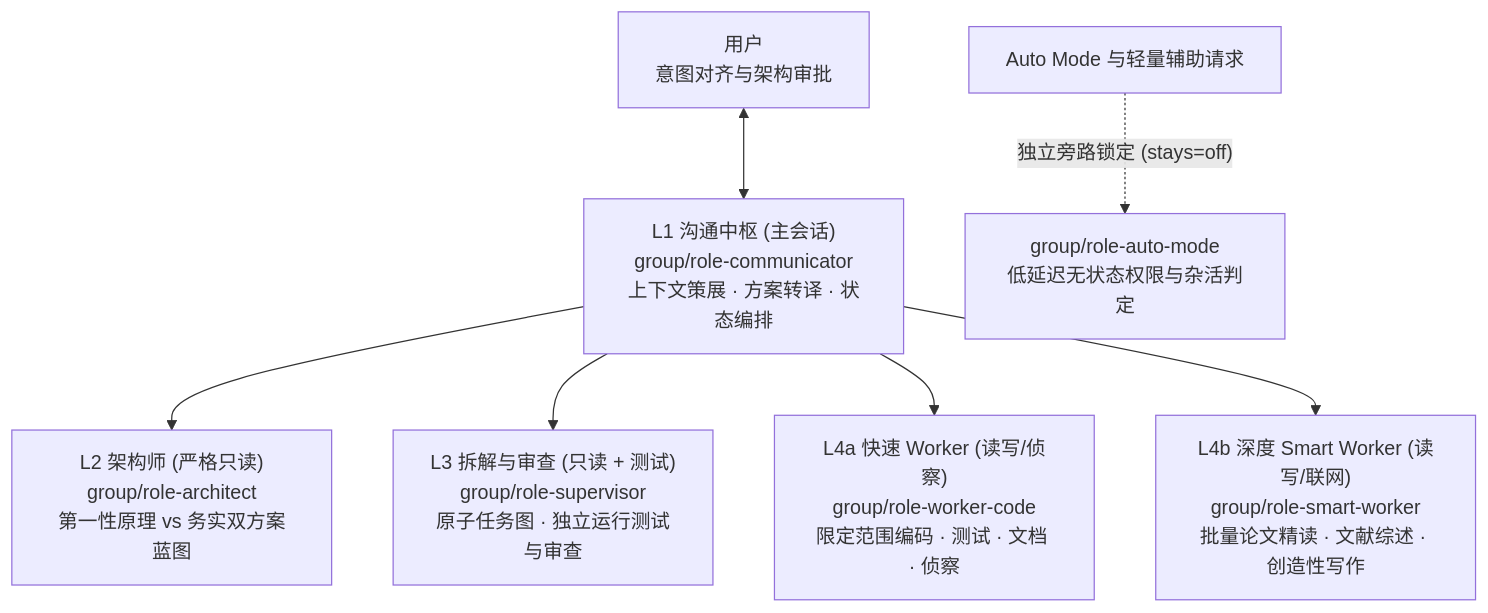
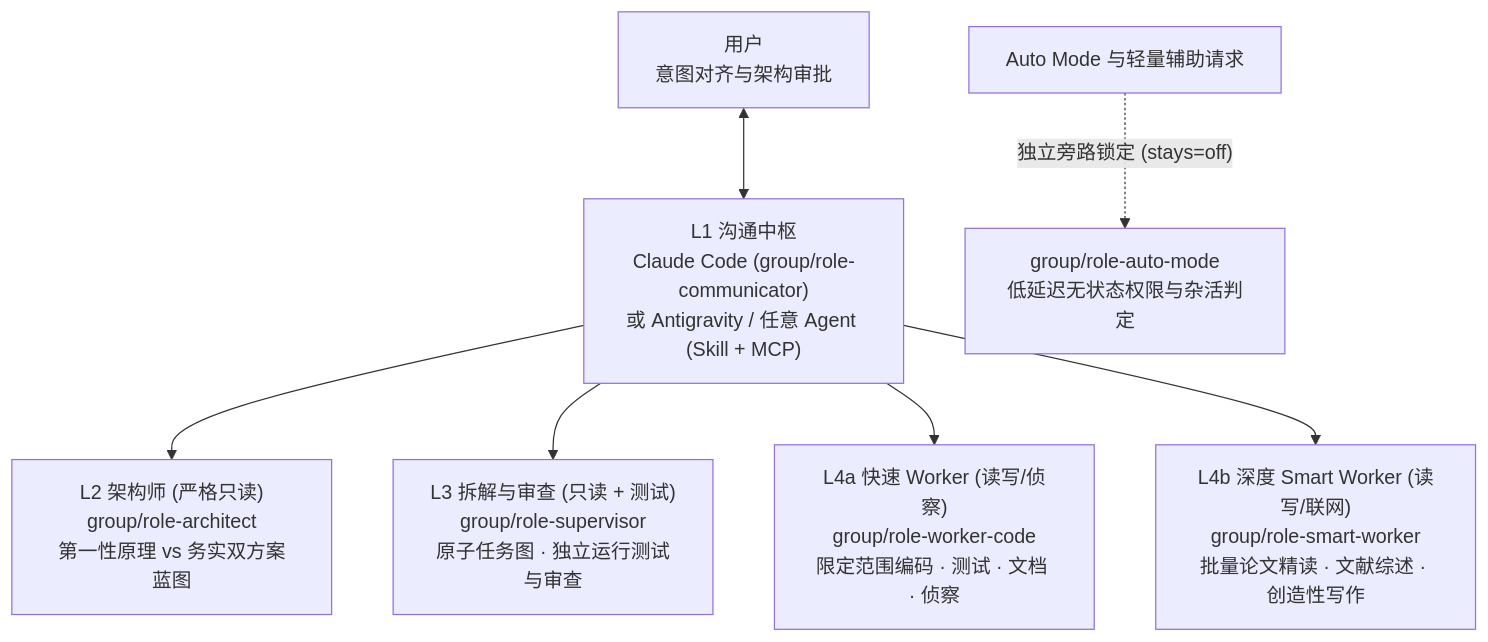
One commit to zhubaodian1027/commlaude changed the diagram in README_zh.md. Above: the diagram before and after it, drawn with Mermaid. The commit also changed other lines of this file and 6 other files, not shown here.

Commit message:
Add stdlib stdio MCP server (bin/commlaude-mcp) and portable Antigravity skill

````diff
--- a/README_zh.md
+++ b/README_zh.md
@@ -22,11 +23,11 @@
 ```mermaid
 flowchart TB
-    U["用户<br/>意图对齐与架构审批"] <--> L1["L1 沟通中枢 (主会话)<br/>group/role-communicator<br/>上下文策展 · 方案转译 · 状态编排"]
+    U["用户<br/>意图对齐与架构审批"] <--> L1["L1 沟通中枢<br/>Claude Code (group/role-communicator)<br/>或 Antigravity / 任意 Agent (Skill + MCP)"]
 
     L1 --> L2["L2 架构师 (严格只读)<br/>group/role-architect<br/>第一性原理 vs 务实双方案蓝图"]
     L1 --> L3["L3 拆解与审查 (只读 + 测试)<br/>group/role-supervisor<br/>原子任务图 · 独立运行测试与审查"]
     L1 --> L4a["L4a 快速 Worker (读写/侦察)<br/>group/role-worker-code<br/>限定范围编码 · 测试 · 文档 · 侦察"]
     L1 --> L4b["L4b 深度 Smart Worker (读写/联网)<br/>group/role-smart-worker<br/>批量论文精读 · 文献综述 · 创造性写作"]
 
     AM["Auto Mode 与轻量辅助请求"] -. "独立旁路锁定 (stays=off)" .-> L5["group/role-auto-mode<br/>低延迟无状态权限与杂活判定"]
 ```
````
